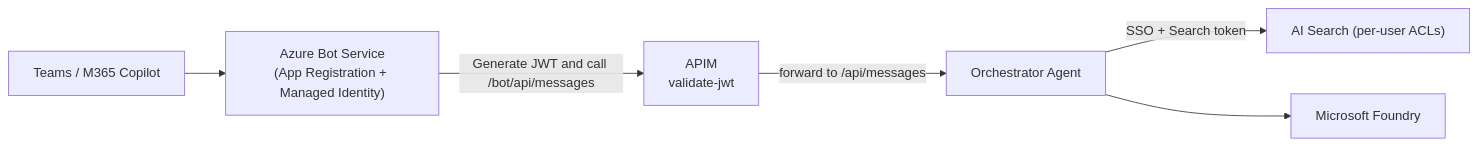
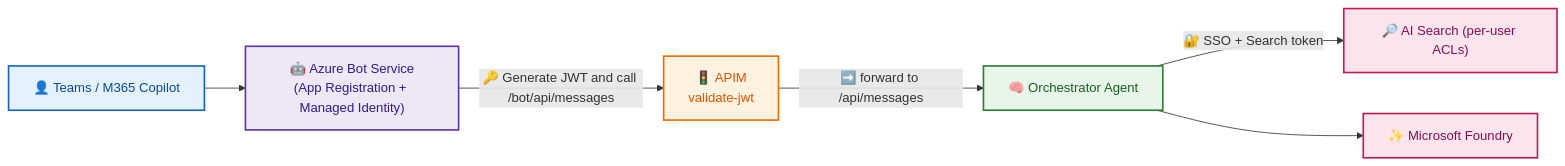
Before and after one commit to Azure-Samples/bring-your-own-agent-to-m365-accelerator: the first of 3 diagrams in README.md, drawn with Mermaid. The commit also changed other lines of this file and 4 other files, not shown here.

Commit message:
fix: Split into 2 app registration and add documentation.

````diff
--- a/README.md
+++ b/README.md
@@ -11,8 +11,20 @@
 ```mermaid
 flowchart LR
-    User["Teams / M365 Copilot"] --> Bot["Azure Bot Service<br/>(App Registration + Managed Identity)"]
-    Bot -->|"Generate JWT and call /bot/api/messages"| APIM["APIM<br/>validate-jwt"]
-    APIM -->|"forward to /api/messages"| App["Orchestrator Agent"]
-    App -->|"SSO + Search token"| Search["AI Search (per-user ACLs)"]
-    App --> Foundry["Microsoft Foundry"]
+    User["👤 Teams / M365 Copilot"] --> Bot["🤖 Azure Bot Service<br/>(App Registration + Managed Identity)"]
+    Bot -->|"🔑 Generate JWT and call /bot/api/messages"| APIM["🚦 APIM<br/>validate-jwt"]
+    APIM -->|"➡️ forward to /api/messages"| App["🧠 Orchestrator Agent"]
+    App -->|"🔐 SSO + Search token"| Search["🔎 AI Search (per-user ACLs)"]
+    App --> Foundry["✨ Microsoft Foundry"]
+
+    classDef client fill:#E3F2FD,stroke:#1565C0,stroke-width:2px,color:#0D47A1;
+    classDef bot fill:#EDE7F6,stroke:#5E35B1,stroke-width:2px,color:#311B92;
+    classDef gateway fill:#FFF3E0,stroke:#EF6C00,stroke-width:2px,color:#E65100;
+    classDef app fill:#E8F5E9,stroke:#2E7D32,stroke-width:2px,color:#1B5E20;
+    classDef ai fill:#FCE4EC,stroke:#C2185B,stroke-width:2px,color:#880E4F;
+
+    class User client;
+    class Bot bot;
+    class APIM gateway;
+    class App app;
+    class Search,Foundry ai;
 ```
````
